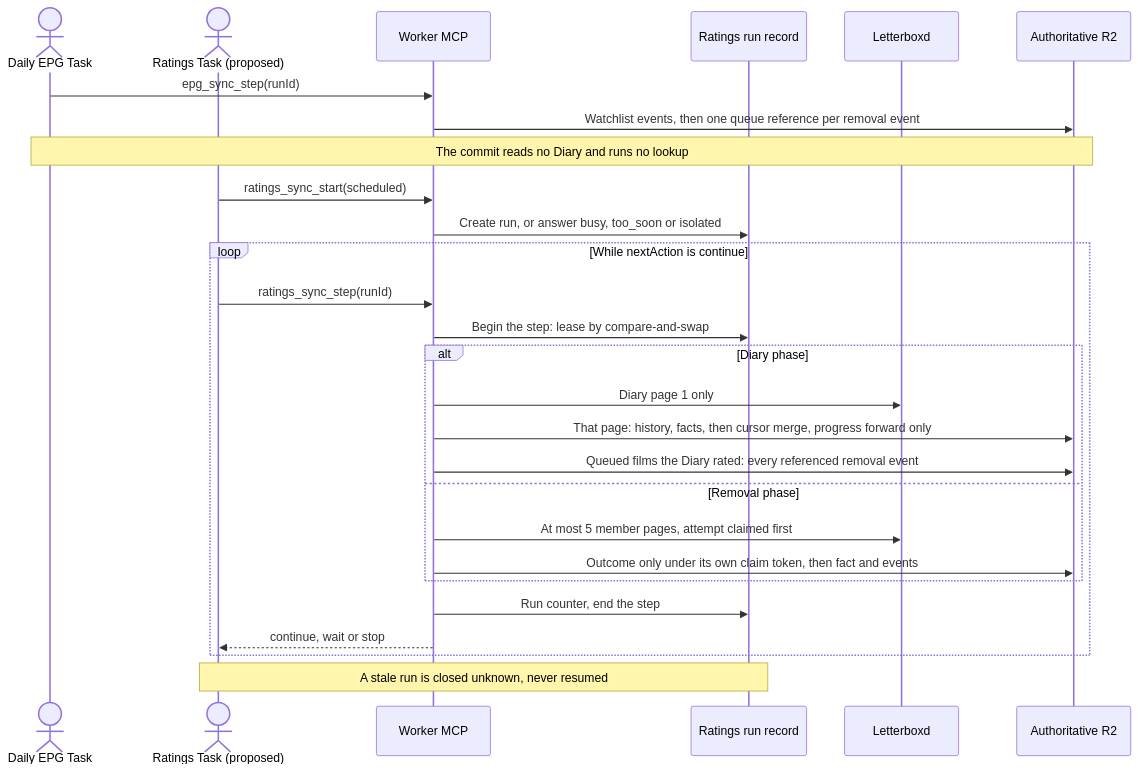
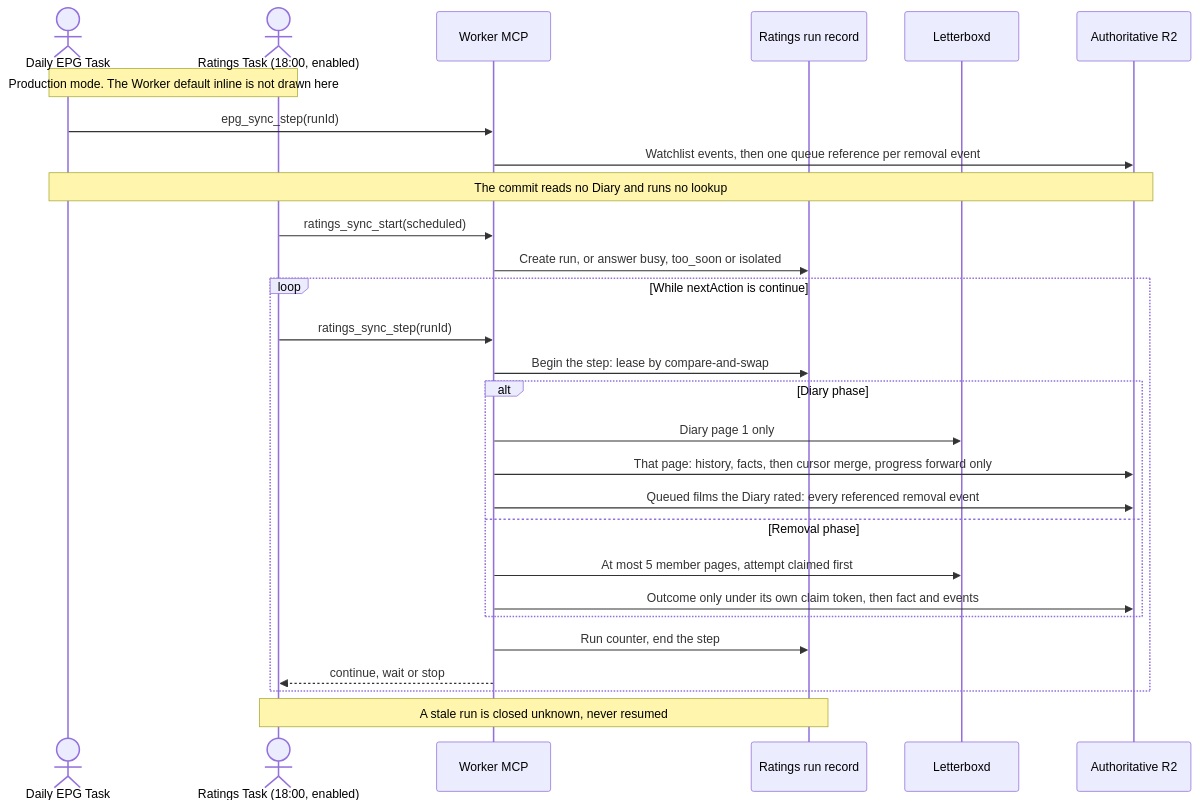
One commit to vladimino/iptv-watchlist changed the second of 3 diagrams in docs/architecture/scheduling-and-orchestration.md. Above: the diagram before and after it, drawn with Mermaid. The commit also changed other lines of this file and 16 other files, not shown here.

````diff
--- a/docs/architecture/scheduling-and-orchestration.md
+++ b/docs/architecture/scheduling-and-orchestration.md
@@ -105,29 +105,30 @@
 ```mermaid
 sequenceDiagram
     actor Daily as Daily EPG Task
-    actor Ratings as Ratings Task (proposed)
+    actor Ratings as Ratings Task (18:00, enabled)
+    Note over Daily,Ratings: Production mode. The Worker default inline is not drawn here
     participant MCP as Worker MCP
     participant Run as Ratings run record
     participant LB as Letterboxd
     participant R2 as Authoritative R2
     Daily->>MCP: epg_sync_step(runId)
     MCP->>R2: Watchlist events, then one queue reference per removal event
     Note over Daily,R2: The commit reads no Diary and runs no lookup
     Ratings->>MCP: ratings_sync_start(scheduled)
     MCP->>Run: Create run, or answer busy, too_soon or isolated
     loop While nextAction is continue
         Ratings->>MCP: ratings_sync_step(runId)
         MCP->>Run: Begin the step: lease by compare-and-swap
         alt Diary phase
             MCP->>LB: Diary page 1 only
             MCP->>R2: That page: history, facts, then cursor merge, progress forward only
             MCP->>R2: Queued films the Diary rated: every referenced removal event
         else Removal phase
             MCP->>LB: At most 5 member pages, attempt claimed first
             MCP->>R2: Outcome only under its own claim token, then fact and events
         end
         MCP->>Run: Run counter, end the step
         MCP-->>Ratings: continue, wait or stop
     end
     Note over Ratings,Run: A stale run is closed unknown, never resumed
 ```
````
